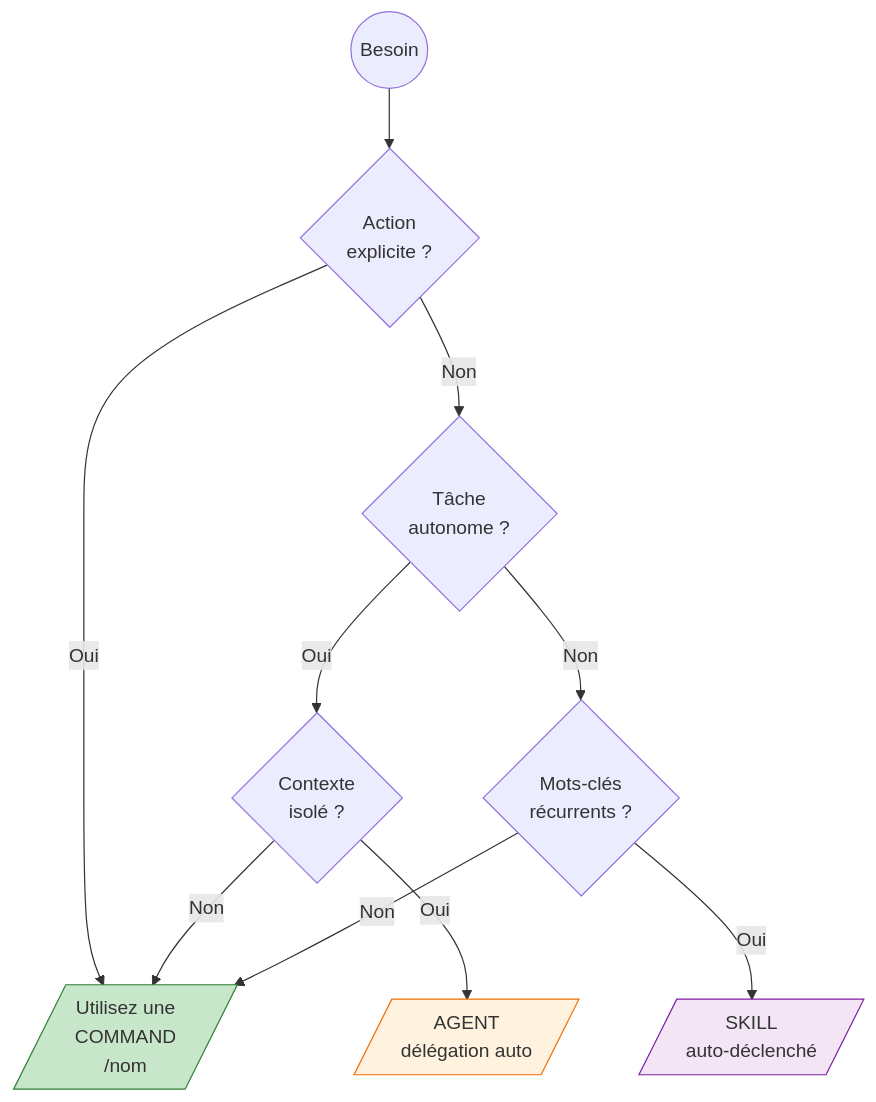
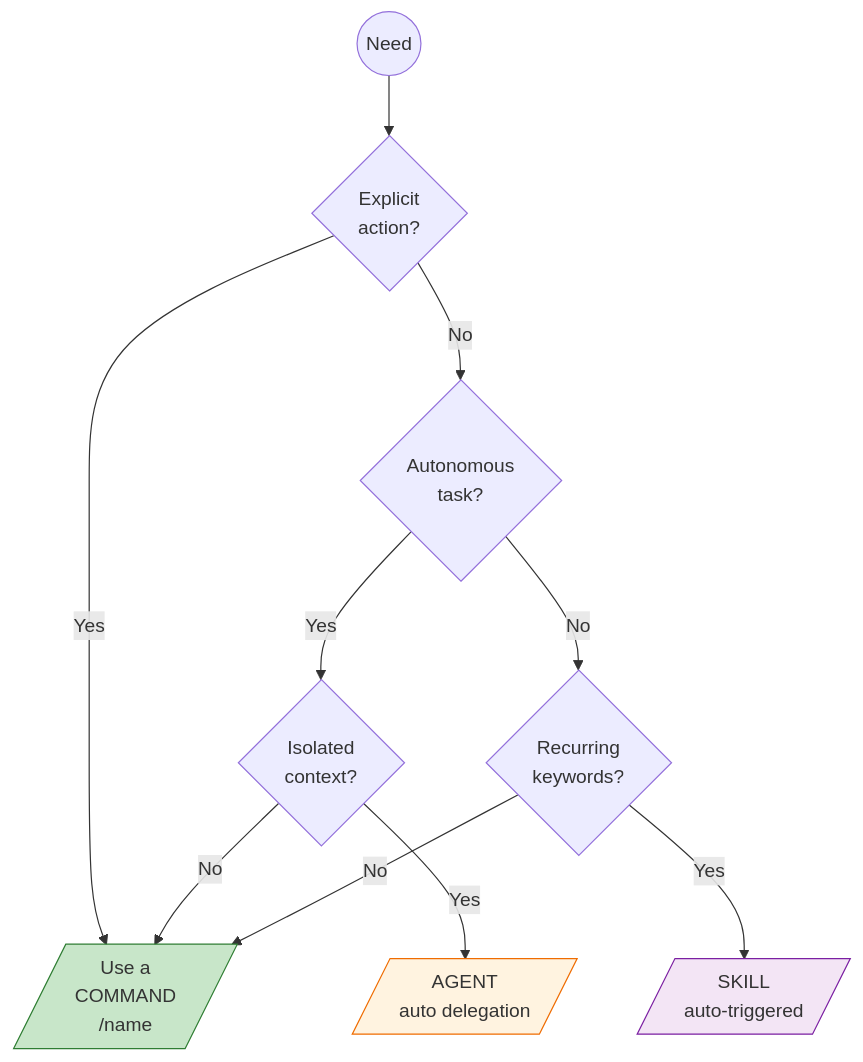
The second of 2 diagrams in website/docs/intro/architecture.md (christopherlouet/claude-base), drawn with Mermaid before and after one commit. The commit also changed other lines of this file and 1 other file, not shown here.

Commit message:
feat(migration): translate website/docs/intro/architecture.md (tier 4)

````diff
--- a/website/docs/intro/architecture.md
+++ b/website/docs/intro/architecture.md
@@ -147,20 +147,20 @@
 ```mermaid
 flowchart TD
-    START((Besoin)) --> Q1{Action<br/>explicite ?}
+    START((Need)) --> Q1{Explicit<br/>action?}
 
-    Q1 -->|Oui| CMD[/"Utilisez une<br/>COMMAND<br/>/nom"/]
-    Q1 -->|Non| Q2{Tâche<br/>autonome ?}
+    Q1 -->|Yes| CMD[/"Use a<br/>COMMAND<br/>/name"/]
+    Q1 -->|No| Q2{Autonomous<br/>task?}
 
-    Q2 -->|Oui| Q3{Contexte<br/>isolé ?}
-    Q2 -->|Non| Q4{Mots-clés<br/>récurrents ?}
+    Q2 -->|Yes| Q3{Isolated<br/>context?}
+    Q2 -->|No| Q4{Recurring<br/>keywords?}
 
-    Q3 -->|Oui| AGENT[/"AGENT<br/>délégation auto"/]
-    Q3 -->|Non| CMD
+    Q3 -->|Yes| AGENT[/"AGENT<br/>auto delegation"/]
+    Q3 -->|No| CMD
 
-    Q4 -->|Oui| SKILL[/"SKILL<br/>auto-déclenché"/]
-    Q4 -->|Non| CMD
+    Q4 -->|Yes| SKILL[/"SKILL<br/>auto-triggered"/]
+    Q4 -->|No| CMD
 
     style CMD fill:#c8e6c9,stroke:#2e7d32
     style AGENT fill:#fff3e0,stroke:#ef6c00
     style SKILL fill:#f3e5f5,stroke:#7b1fa2
 ```
````
